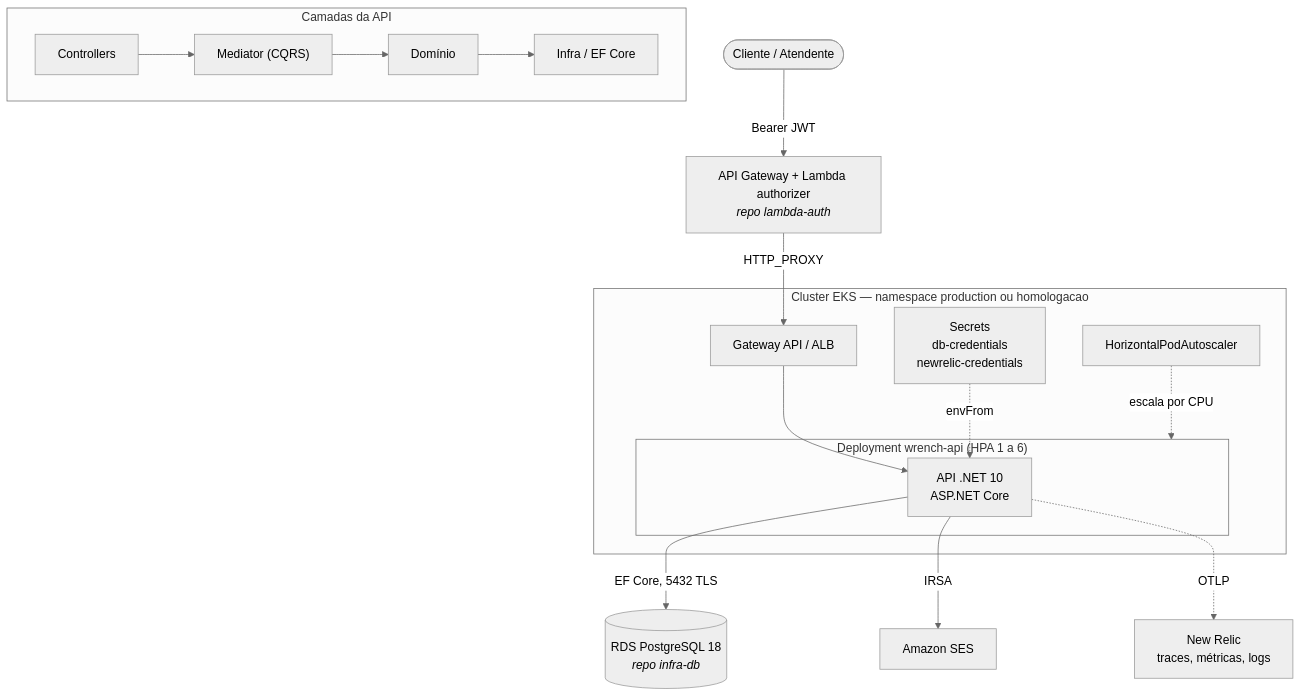
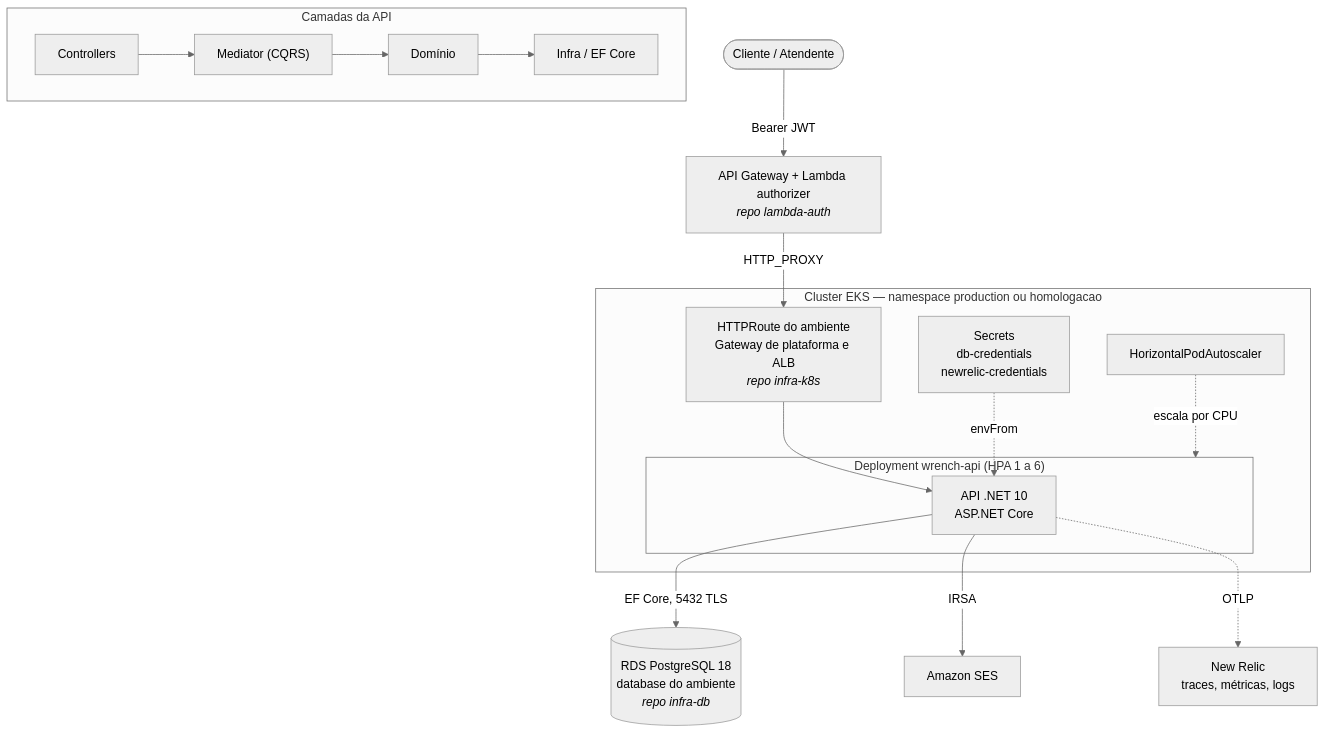
Before and after one commit to euthribeiro/app-k8s: the diagram in README.md, drawn with Mermaid (neutral theme). The commit also changed other lines of this file and 25 other files, not shown here.

First line of the commit message:
feat: gateway de plataforma, database por ambiente e destruição do ambiente

````diff
--- a/README.md
+++ b/README.md
@@ -42,34 +42,34 @@
 ```mermaid
 flowchart TB
     cliente(["Cliente / Atendente"])
     gw["API Gateway + Lambda authorizer<br/><i>repo lambda-auth</i>"]
 
     subgraph eks["Cluster EKS — namespace production ou homologacao"]
-        alb["Gateway API / ALB"]
+        alb["HTTPRoute do ambiente<br/>Gateway de plataforma e ALB<br/><i>repo infra-k8s</i>"]
         subgraph pod["Deployment wrench-api (HPA 1 a 6)"]
             api["API .NET 10<br/>ASP.NET Core"]
         end
         hpa["HorizontalPodAutoscaler"]
         secret["Secrets<br/>db-credentials<br/>newrelic-credentials"]
     end
 
-    rds[("RDS PostgreSQL 18<br/><i>repo infra-db</i>")]
+    rds[("RDS PostgreSQL 18<br/>database do ambiente<br/><i>repo infra-db</i>")]
     ses["Amazon SES"]
     nr["New Relic<br/>traces, métricas, logs"]
 
     cliente -->|"Bearer JWT"| gw
     gw -->|"HTTP_PROXY"| alb
     alb --> api
     api -->|"EF Core, 5432 TLS"| rds
     api -->|"IRSA"| ses
     api -.->|"OTLP"| nr
     secret -.->|"envFrom"| api
     hpa -.->|"escala por CPU"| pod
 
     subgraph app["Camadas da API"]
         direction LR
         ctrl["Controllers"] --> med["Mediator (CQRS)"]
         med --> dom["Domínio"]
         dom --> infra["Infra / EF Core"]
     end
 ```
````
